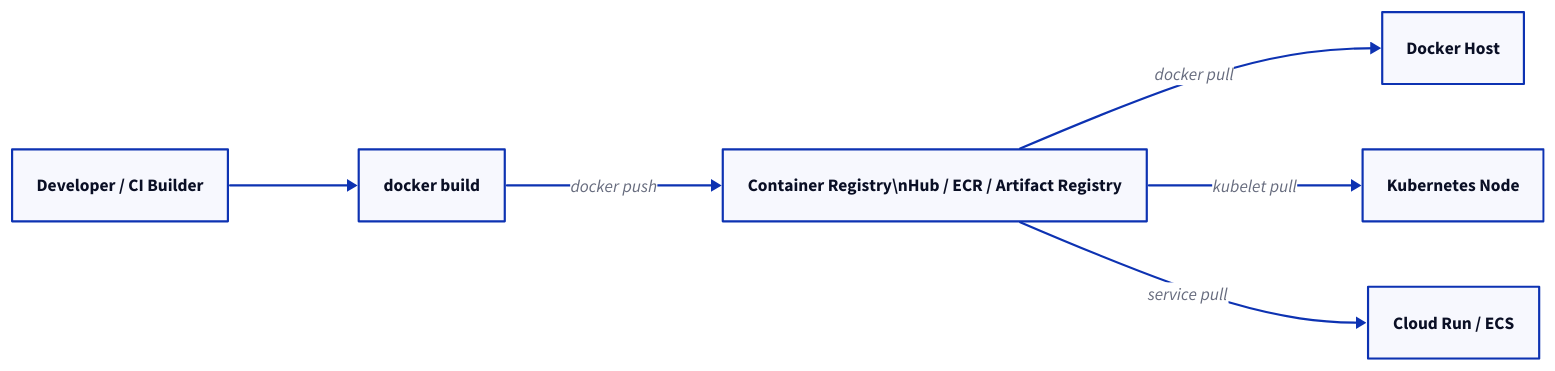
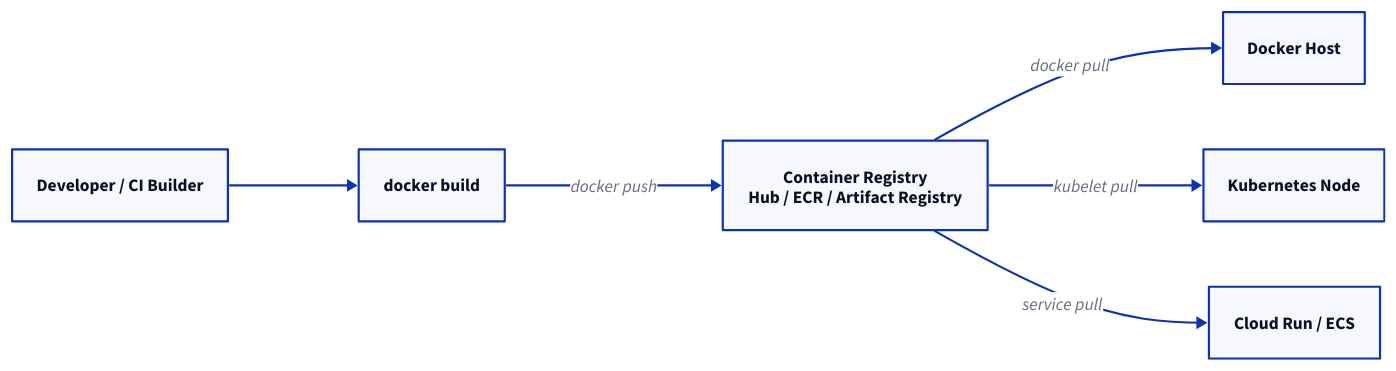
One commit to rebash-rebash/rebash-academy changed the diagram in docs/docker/container-registries-and-distribution.md. Above: the diagram before and after it, drawn with D2. The commit also changed 177 other files, not shown here.

First line of the commit message:
Ship Terraform track, diagram polish, and new brand favicon.

````diff
--- a/docs/docker/container-registries-and-distribution.md
+++ b/docs/docker/container-registries-and-distribution.md
@@ -56,15 +56,15 @@
 ```d2
 direction: right
 
 DEV: "Developer / CI Builder"
     BUILD: "docker build"
-    REG: "Container Registry\\nHub / ECR / Artifact Registry"
+    REG: "Container Registry\nHub / ECR / Artifact Registry"
     RUN1: "Docker Host"
     RUN2: "Kubernetes Node"
     RUN3: "Cloud Run / ECS"
     DEV -> BUILD
     BUILD -> REG: "docker push"
     REG -> RUN1: "docker pull"
     REG -> RUN2: "kubelet pull"
     REG -> RUN3: "service pull"
 ```
````
